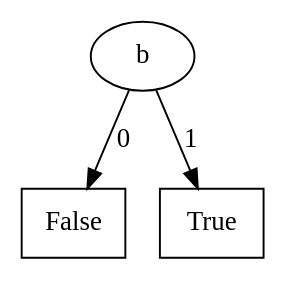
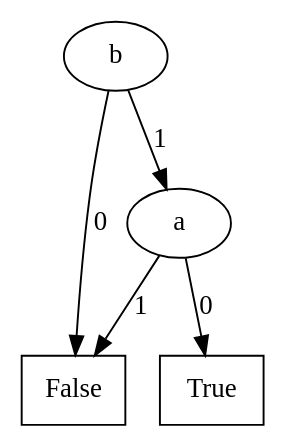
The diagram in Mu-calculus_model_checker/f15.dot (lputruele/tesis), drawn with Graphviz before and after one commit. The commit also changed 4 other files, not shown here.

```diff
--- a/Mu-calculus_model_checker/f15.dot
+++ b/Mu-calculus_model_checker/f15.dot
@@ -1,15 +1,23 @@
 digraph BDD {
 node[shape=oval];
-2[label="b"];
+3[label="b"];
 node[shape=rectangle];
 0[label=False];
 node[shape=oval];
 
-2->0[label=0];
+3->0[label=0];
+2[label="a"];
 node[shape=rectangle];
 1[label=True];
 node[shape=oval];
 
-2->1[label=1];
+2->1[label=0];
+node[shape=rectangle];
+0[label=False];
+node[shape=oval];
+
+2->0[label=1];
+
+3->2[label=1];
 
 }
```
